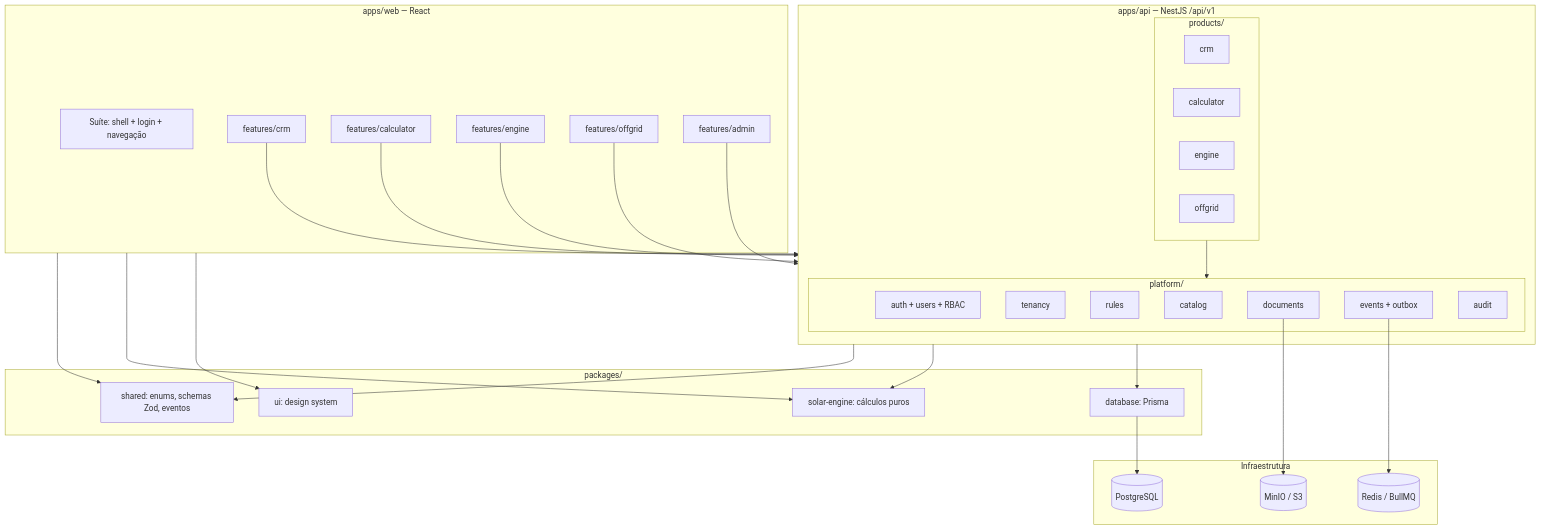
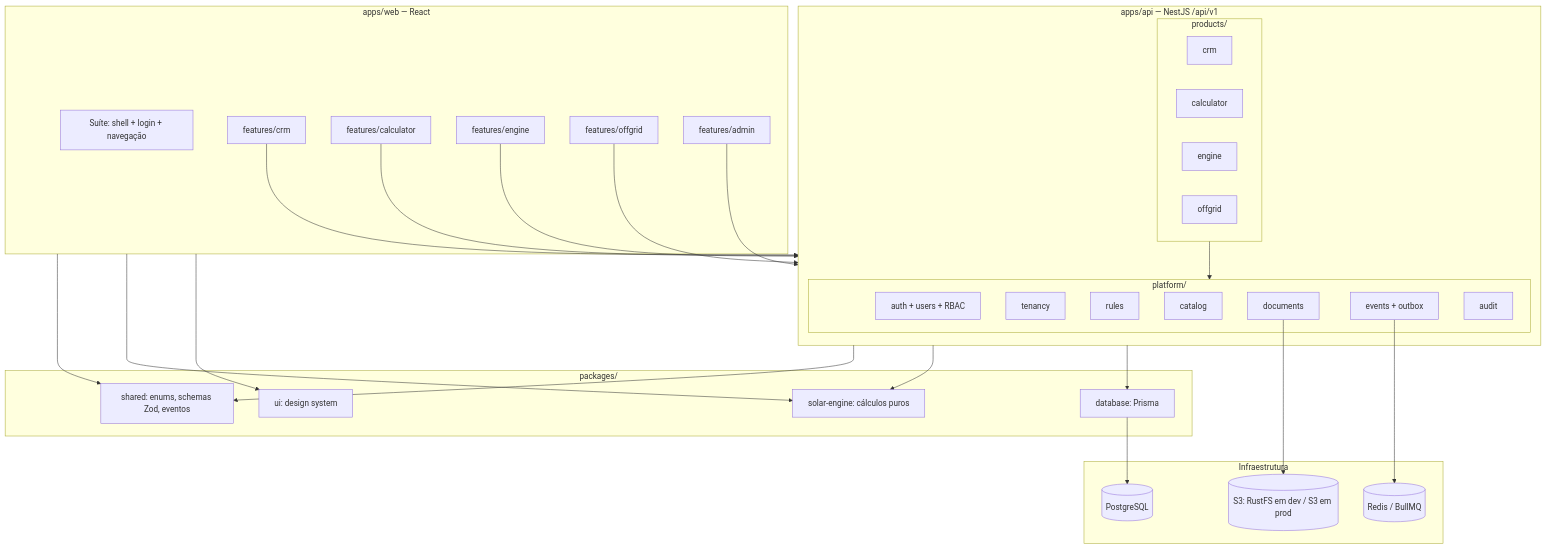
Before and after one commit to Eduardo-Lima-Dev/Voltex-SolTech: the first of 2 diagrams in docs/03-diagramas/arquitetura.md, drawn with Mermaid. The commit also changed 14 other files, not shown here.

````diff
--- a/docs/03-diagramas/arquitetura.md
+++ b/docs/03-diagramas/arquitetura.md
@@ -7,50 +7,50 @@
 ```mermaid
 flowchart TB
     subgraph WEB[apps/web — React]
         SUITE[Suíte: shell + login + navegação]
         FCRM[features/crm]
         FCALC[features/calculator]
         FENG[features/engine]
         FOFF[features/offgrid]
         FADM[features/admin]
     end
 
     subgraph API[apps/api — NestJS /api/v1]
         subgraph PRODUCTS[products/]
             CRM[crm]
             CALC[calculator]
             ENG[engine]
             OFF[offgrid]
         end
         subgraph PLATFORM[platform/]
             AUTH[auth + users + RBAC]
             TEN[tenancy]
             RULES[rules]
             CAT[catalog]
             DOCS[documents]
             EVT[events + outbox]
             AUD[audit]
         end
     end
 
     subgraph PKG[packages/]
         SHARED[shared: enums, schemas Zod, eventos]
         SENG[solar-engine: cálculos puros]
         DB[database: Prisma]
         UI[ui: design system]
     end
 
     subgraph INFRA[Infraestrutura]
         PG[(PostgreSQL)]
         REDIS[(Redis / BullMQ)]
-        S3[(MinIO / S3)]
+        S3[(S3: RustFS em dev / S3 em prod)]
     end
 
     FCRM & FCALC & FENG & FOFF & FADM --> API
     WEB --> SHARED & SENG & UI
     PRODUCTS --> PLATFORM
     API --> SHARED & SENG & DB
     DB --> PG
     EVT --> REDIS
     DOCS --> S3
 ```
````
